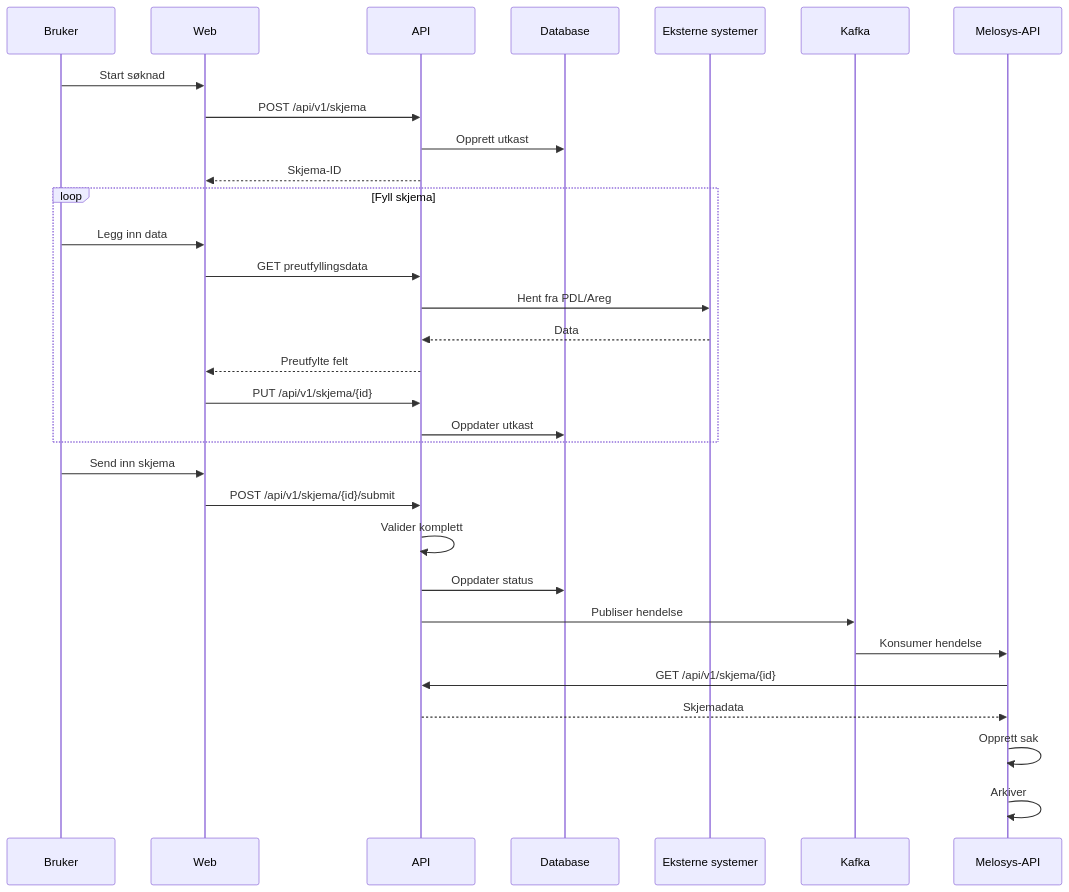
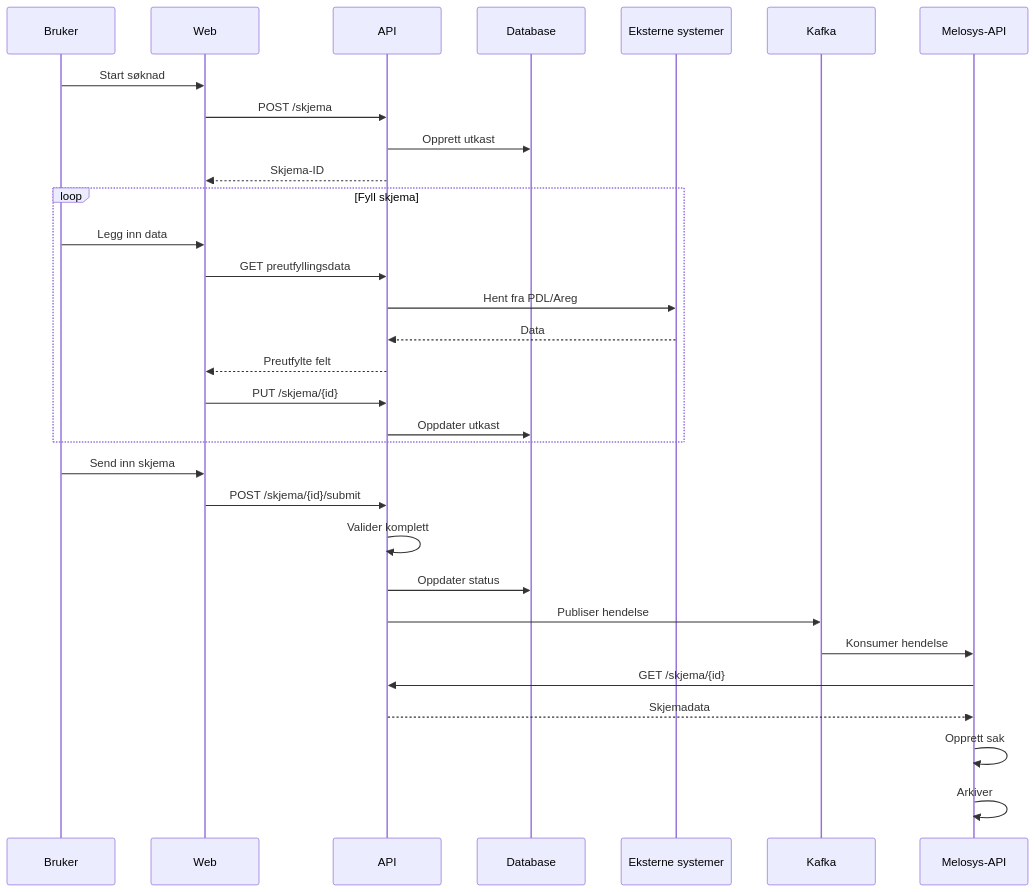
One commit to navikt/melosys-skjema-api changed the fifth of 9 diagrams in README.md. Above: the diagram before and after it, drawn with Mermaid. The commit also changed other lines of this file and 6 other files, not shown here.

````diff
--- a/README.md
+++ b/README.md
@@ -320,36 +320,36 @@
 ```mermaid
 sequenceDiagram
     participant B as Bruker
     participant W as Web
     participant A as API
     participant DB as Database
     participant E as Eksterne systemer
     participant K as Kafka
     participant M as Melosys-API
     
     B->>W: Start søknad
-    W->>A: POST /api/v1/skjema
+    W->>A: POST /skjema
     A->>DB: Opprett utkast
     A-->>W: Skjema-ID
     
     loop Fyll skjema
         B->>W: Legg inn data
         W->>A: GET preutfyllingsdata
         A->>E: Hent fra PDL/Areg
         E-->>A: Data
         A-->>W: Preutfylte felt
-        W->>A: PUT /api/v1/skjema/{id}
+        W->>A: PUT /skjema/{id}
         A->>DB: Oppdater utkast
     end
     
     B->>W: Send inn skjema
-    W->>A: POST /api/v1/skjema/{id}/submit
+    W->>A: POST /skjema/{id}/submit
     A->>A: Valider komplett
     A->>DB: Oppdater status
     A->>K: Publiser hendelse
     K->>M: Konsumer hendelse
-    M->>A: GET /api/v1/skjema/{id}
+    M->>A: GET /skjema/{id}
     A-->>M: Skjemadata
     M->>M: Opprett sak
     M->>M: Arkiver
 ```
````
